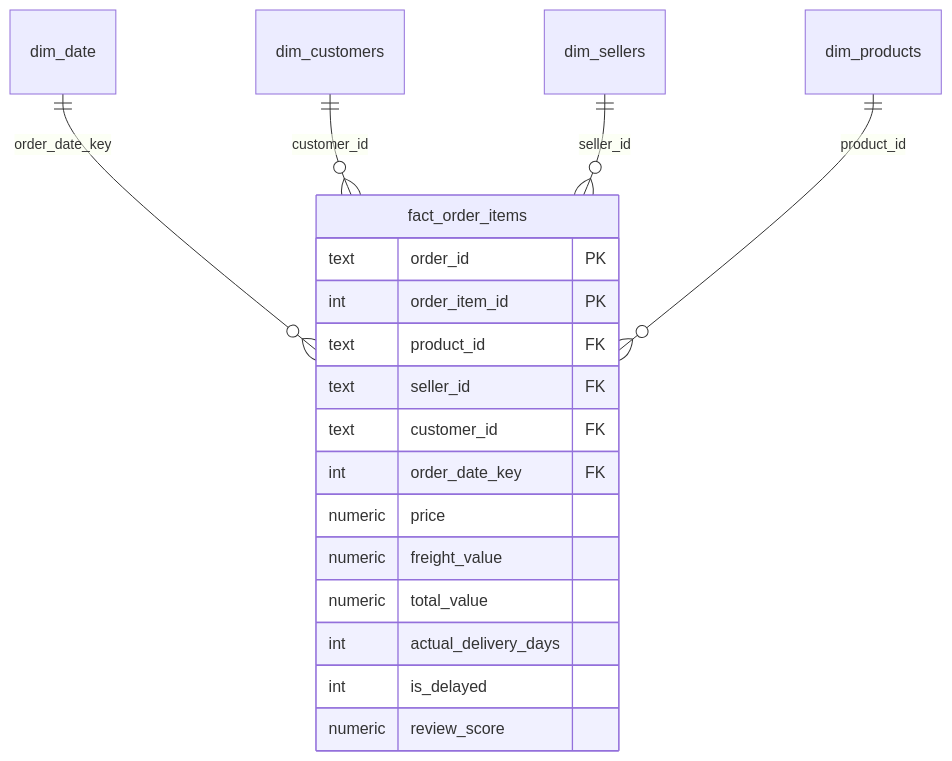
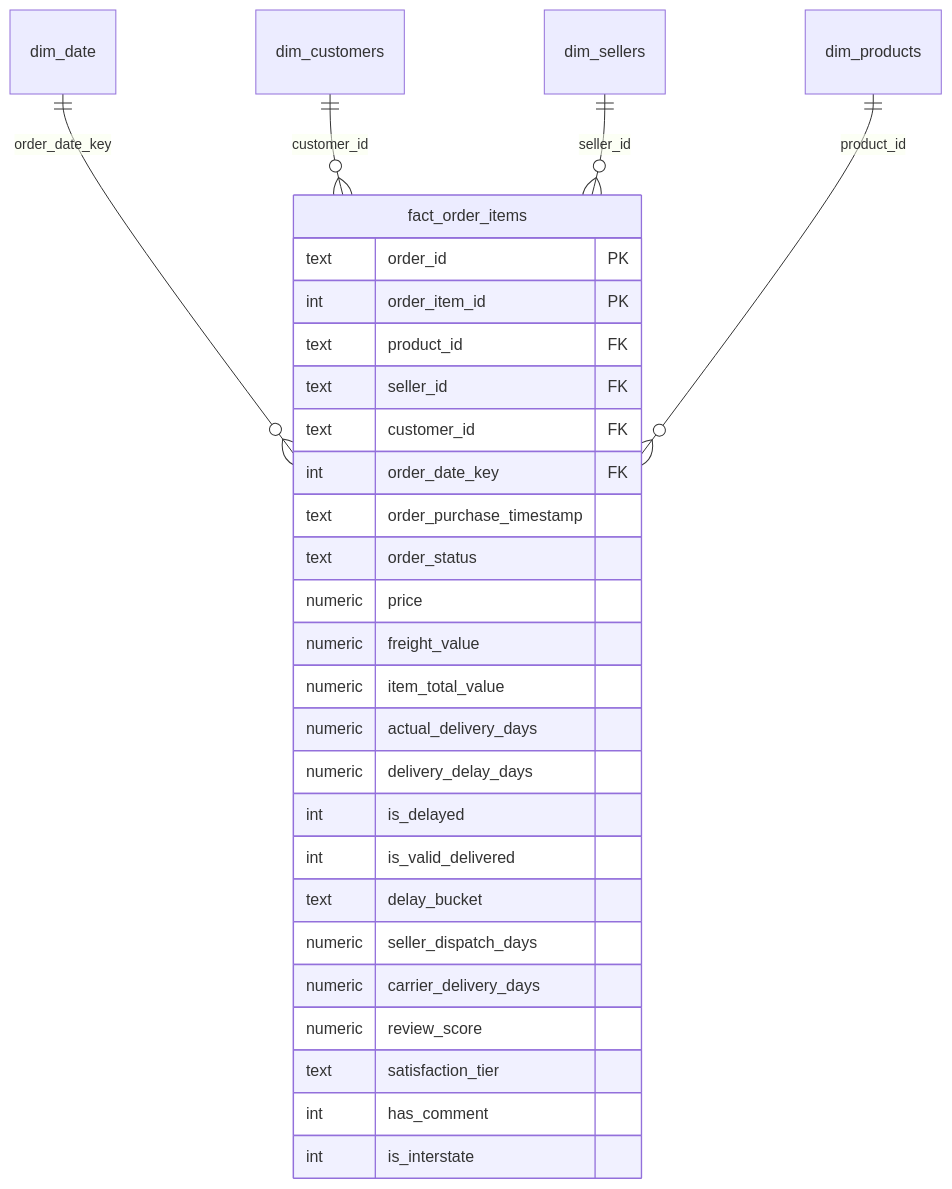
Before and after one commit to Baotran265/olist-ecommerce-data-analyst: the diagram in README.md, drawn with Mermaid. The commit also changed other lines of this file and 18 other files, not shown here.

````diff
--- a/README.md
+++ b/README.md
@@ -94,22 +97,32 @@
 ```mermaid
 erDiagram
     dim_date ||--o{ fact_order_items : "order_date_key"
     dim_customers ||--o{ fact_order_items : "customer_id"
     dim_sellers ||--o{ fact_order_items : "seller_id"
     dim_products ||--o{ fact_order_items : "product_id"
 
     fact_order_items {
         text order_id PK
         int order_item_id PK
         text product_id FK
         text seller_id FK
         text customer_id FK
         int order_date_key FK
+        text order_purchase_timestamp
+        text order_status
         numeric price
         numeric freight_value
-        numeric total_value
-        int actual_delivery_days
+        numeric item_total_value
+        numeric actual_delivery_days
+        numeric delivery_delay_days
         int is_delayed
+        int is_valid_delivered
+        text delay_bucket
+        numeric seller_dispatch_days
+        numeric carrier_delivery_days
         numeric review_score
+        text satisfaction_tier
+        int has_comment
+        int is_interstate
     }
 ```
````
